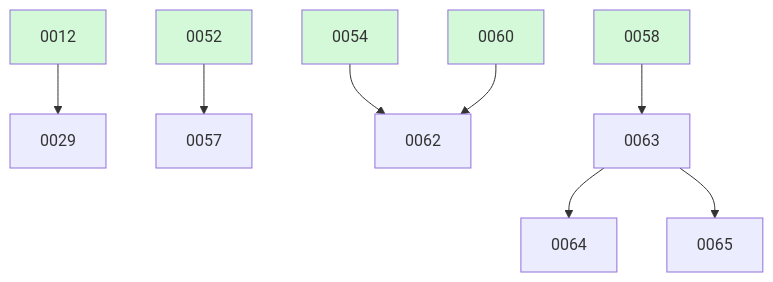
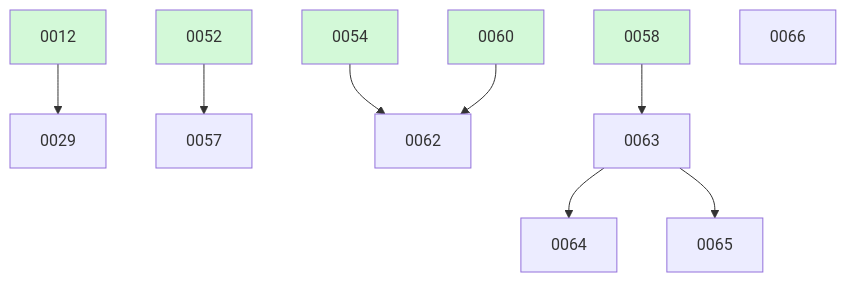
Before and after one commit to ethanhinson/fuse: the diagram in docs/changes/BOARD.md, drawn with Mermaid. The commit also changed other lines of this file, not shown here.

````diff
--- a/docs/changes/BOARD.md
+++ b/docs/changes/BOARD.md
@@ -21,16 +22,17 @@
 ```mermaid
 graph TD
   0012 --> 0029
   0052 --> 0057
   0054 --> 0062
   0060 --> 0062
   0058 --> 0063
   0063 --> 0064
   0063 --> 0065
+  0066
   0012:::done
   0052:::done
   0054:::done
   0058:::done
   0060:::done
   classDef done fill:#d3f9d8;
 ```
````
